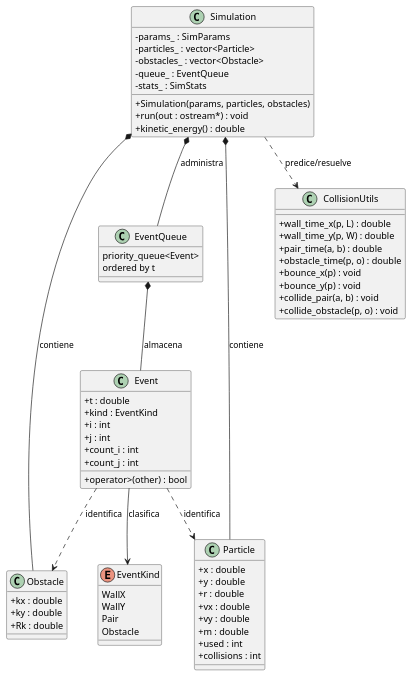
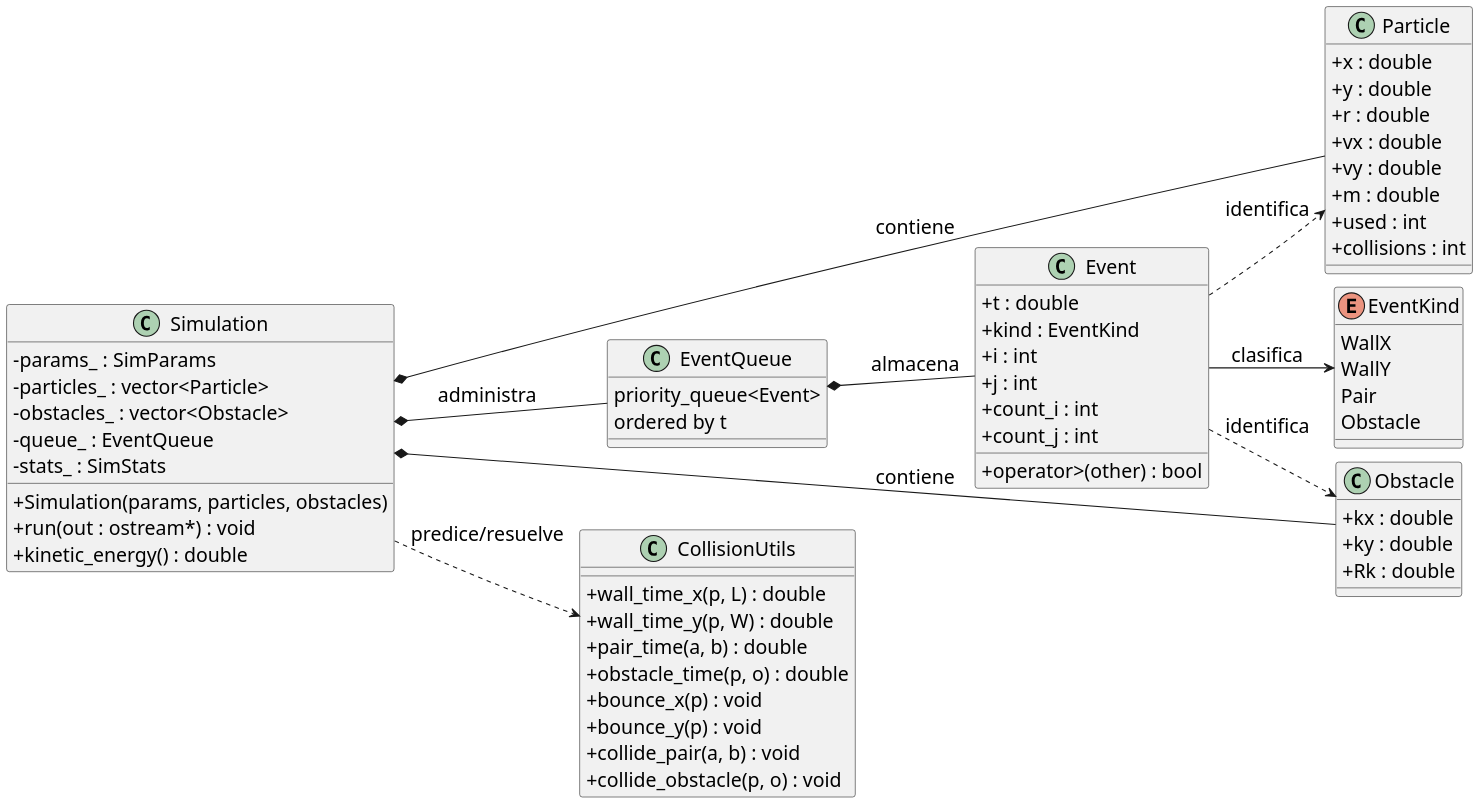
One commit to anita476/TP3-SimulacionDeSistemas-72.25 changed the diagram in docs/uml/system_small.puml. Above: the diagram before and after it, drawn with PlantUML. The commit also changed 3 other files, not shown here.

```diff
--- a/docs/uml/system_small.puml
+++ b/docs/uml/system_small.puml
@@ -1,82 +1,86 @@
 @startuml
-
+left to right direction
+skinparam dpi 160
+skinparam defaultFontSize 18
+skinparam nodesep 12
+skinparam ranksep 28
 skinparam classAttributeIconSize 0
   class Event{
     + t : double
     + kind : EventKind
     + i : int
     + j : int
     + count_i : int
     + count_j : int
     + operator>(other) : bool
   }
 
   enum EventKind {
     WallX
     WallY
     Pair
     Obstacle
   }
 
   class EventQueue {
     priority_queue<Event>
     ordered by t
   }
 
   class Simulation {
     - params_ : SimParams
     - particles_ : vector<Particle>
     - obstacles_ : vector<Obstacle>
     - queue_ : EventQueue
     - stats_ : SimStats
 
     + Simulation(params, particles, obstacles)
     + run(out : ostream*) : void
     + kinetic_energy() : double
 
   }
 
   class Particle {
     + x : double
     + y : double
     + r : double
     + vx : double
     + vy : double
     + m : double
     + used : int
     + collisions : int
   }
 
   class Obstacle {
     + kx : double
     + ky : double
     + Rk : double
   }
 
 
 
   class CollisionUtils {
     + wall_time_x(p, L) : double
     + wall_time_y(p, W) : double
     + pair_time(a, b) : double
     + obstacle_time(p, o) : double
     + bounce_x(p) : void
     + bounce_y(p) : void
     + collide_pair(a, b) : void
     + collide_obstacle(p, o) : void
   }
 
 
 
 Simulation *-- Particle : contiene
 Simulation *-- Obstacle : contiene
 Simulation *-- EventQueue : administra
 
 EventQueue *-- Event : almacena
 Event --> EventKind : clasifica
 
 Simulation ..> CollisionUtils : predice/resuelve
 Event ..> Particle : identifica
 Event ..> Obstacle : identifica
 
 @enduml
```
